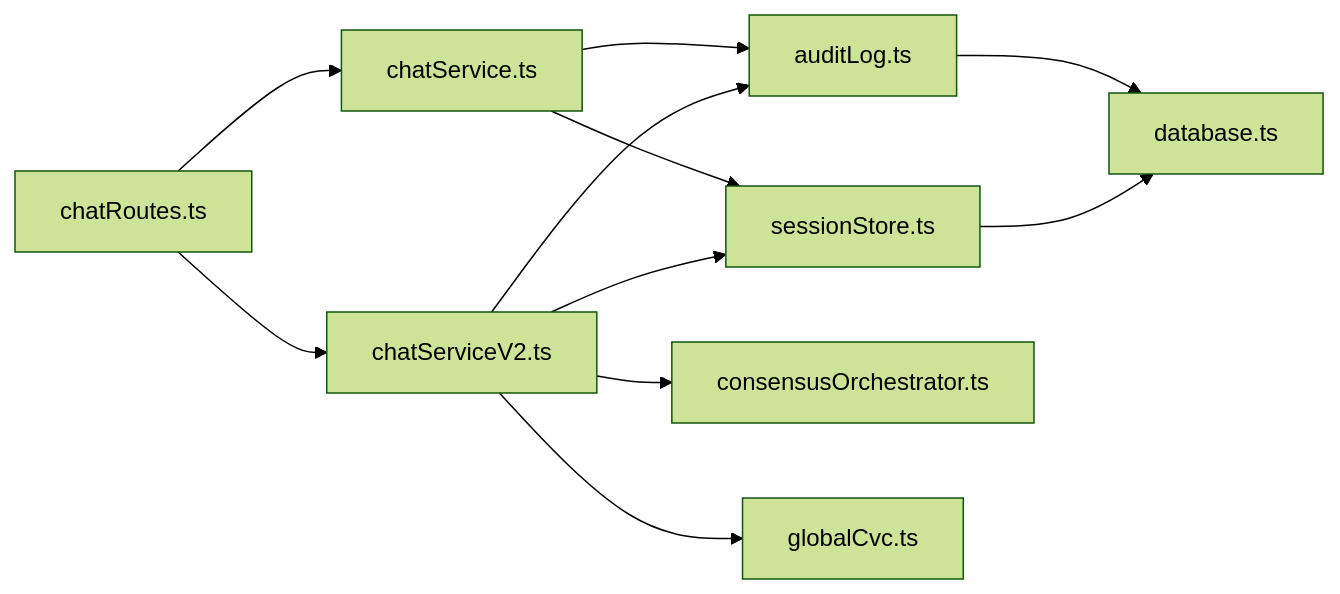
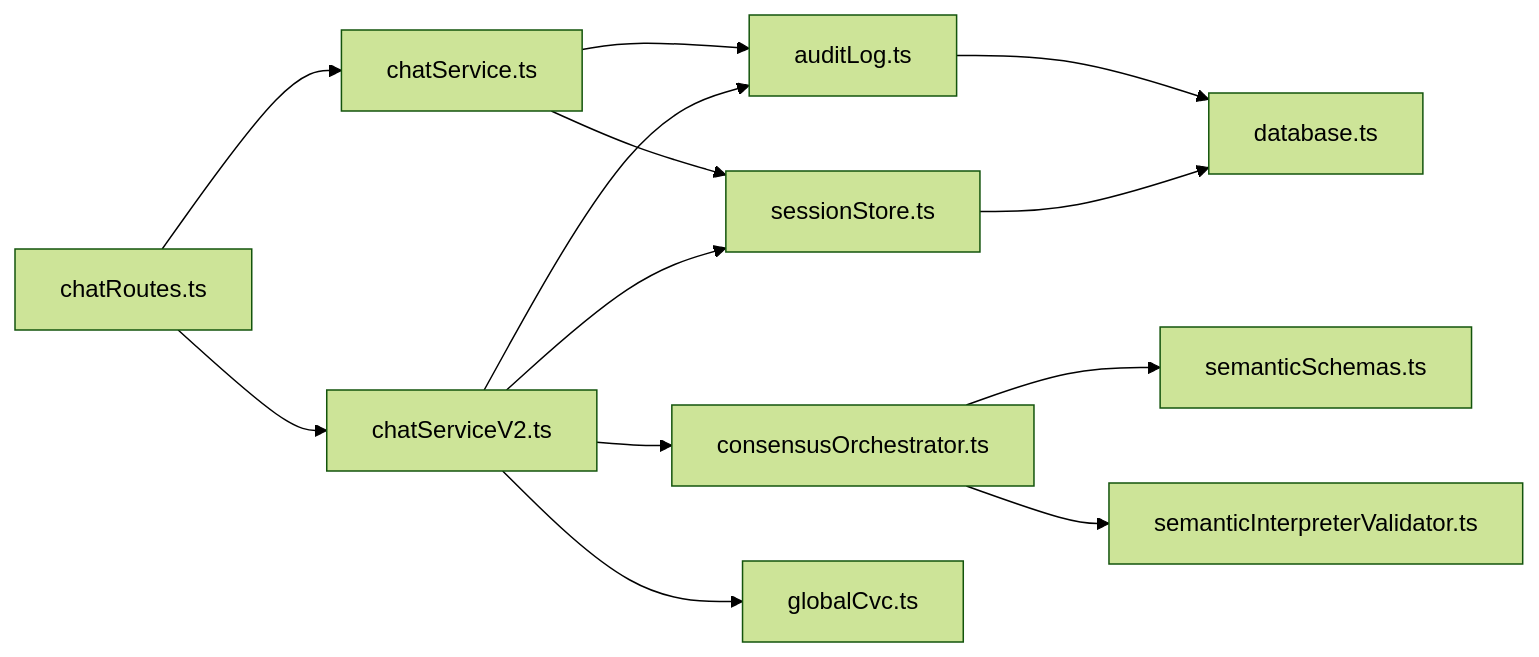
The third of 3 diagrams in .qoder/repowiki/en/content/Core Features/Audit Logging and Compliance.md (ongchonghian/gatiod-chat-assistant), drawn with Mermaid (forest theme) before and after one commit. The commit also changed other lines of this file and 32 other files, not shown here.

Commit message:
feat: enhance semantic consensus with improved extractors, readiness fixes, and documentation updates

````diff
--- a/.qoder/repowiki/en/content/Core Features/Audit Logging and Compliance.md
+++ b/.qoder/repowiki/en/content/Core Features/Audit Logging and Compliance.md
@@ -329,13 +392,15 @@
 ```mermaid
 graph LR
 ChatV1["chatService.ts"] --> Audit["auditLog.ts"]
 ChatV1 --> Sessions["sessionStore.ts"]
 ChatV2["chatServiceV2.ts"] --> Audit
 ChatV2 --> Sessions
 ChatV2 --> Consensus["consensusOrchestrator.ts"]
 ChatV2 --> GCVC["globalCvc.ts"]
+Consensus --> Schemas["semanticSchemas.ts"]
+Consensus --> Validator["semanticInterpreterValidator.ts"]
 Audit --> DB["database.ts"]
 Sessions --> DB
 Routes["chatRoutes.ts"] --> ChatV1
 Routes --> ChatV2
 ```
````
